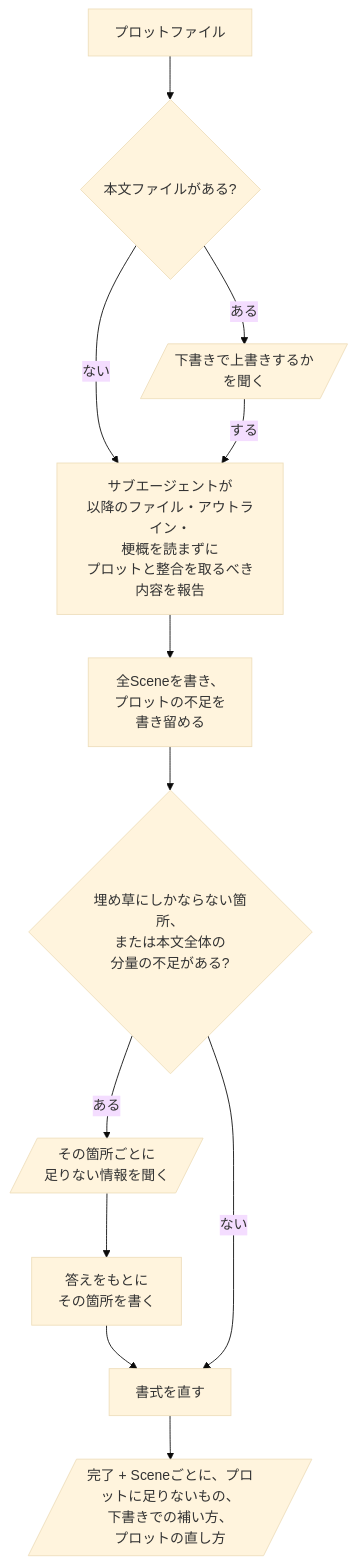
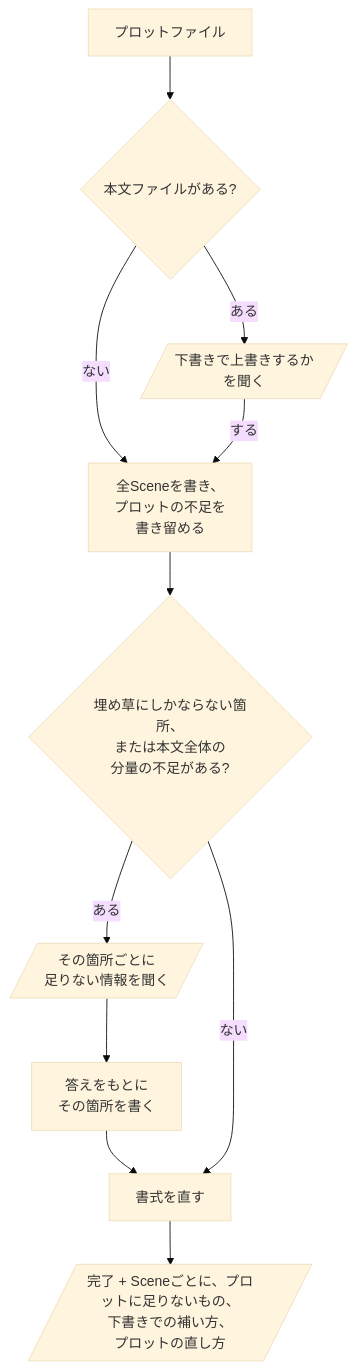
One commit to omni-stove/skill-kit changed the diagram in domains/story/skills/draft/README.ja.md. Above: the diagram before and after it, drawn with Mermaid (base theme). The commit also changed other lines of this file and 112 other files, not shown here.

````diff
--- a/domains/story/skills/draft/README.ja.md
+++ b/domains/story/skills/draft/README.ja.md
@@ -7,14 +3,13 @@
 ```mermaid
 flowchart TD
   input[プロットファイル] --> exists{本文ファイルがある?}
   exists -- "ある" --> ask[/下書きで上書きするか<br/>を聞く/]
-  exists -- "ない" --> agent
-  ask -- "する" --> agent[サブエージェントが<br/>以降のファイル・アウトライン・<br/>梗概を読まずに<br/>プロットと整合を取るべき<br/>内容を報告]
-  agent --> write[全Sceneを書き、<br/>プロットの不足を<br/>書き留める]
+  exists -- "ない" --> write
+  ask -- "する" --> write[全Sceneを書き、<br/>プロットの不足を<br/>書き留める]
   write --> gap{埋め草にしかならない箇所、<br/>または本文全体の<br/>分量の不足がある?}
   gap -- "ある" --> need[/その箇所ごとに<br/>足りない情報を聞く/]
   need --> fill[答えをもとに<br/>その箇所を書く]
   fill --> format
   gap -- "ない" --> format[書式を直す]
   format --> done[/"完了 + Sceneごとに、プロットに足りないもの、<br/>下書きでの補い方、<br/>プロットの直し方"/]
 ```
````
